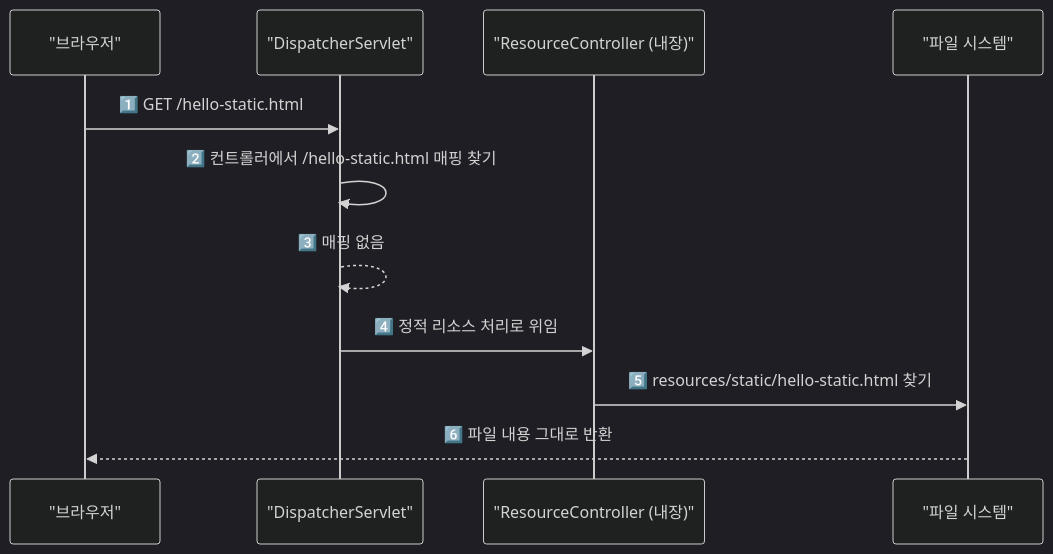
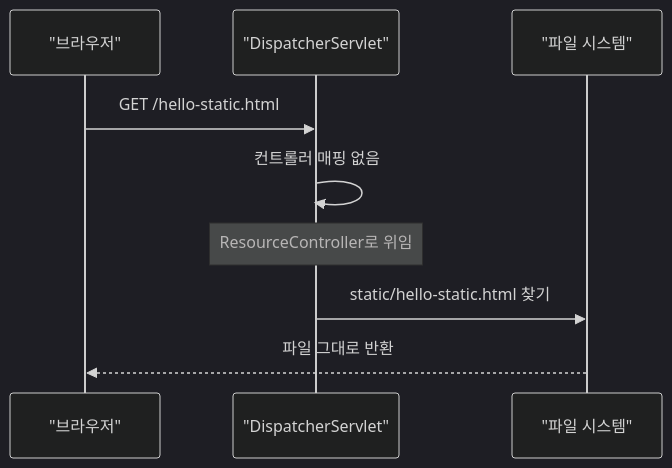
The second of 4 diagrams in _posts/springboot/2021-05-22-springboot-정적 컨텐츠, 템플릿, API.md (yjkim2015/yjkim2015.github.io), drawn with Mermaid (dark theme) before and after one commit. The commit also changed other lines of this file and 245 other files, not shown here.

First line of the commit message:
Mermaid 다이어그램 전면 수정 + 면접 포인트 접기/펼치기 + DB 데드락 페이지

```diff
--- a/_posts/springboot/2021-05-22-springboot-정적 컨텐츠, 템플릿, API.md
+++ b/_posts/springboot/2021-05-22-springboot-정적 컨텐츠, 템플릿, API.md
@@ -38,14 +37,12 @@
 <div class="mermaid">
 sequenceDiagram
     participant B as "브라우저"
     participant DS as "DispatcherServlet"
-    participant RC as "ResourceController (내장)"
     participant FS as "파일 시스템"
 
-    B->>DS: 1️⃣ GET /hello-static.html
-    DS->>DS: 2️⃣ 컨트롤러에서 /hello-static.html 매핑 찾기
-    DS-->>DS: 3️⃣ 매핑 없음
-    DS->>RC: 4️⃣ 정적 리소스 처리로 위임
-    RC->>FS: 5️⃣ resources/static/hello-static.html 찾기
-    FS-->>B: 6️⃣ 파일 내용 그대로 반환
+    B->>DS: GET /hello-static.html
+    DS->>DS: 컨트롤러 매핑 없음
+    Note over DS: ResourceController로 위임
+    DS->>FS: static/hello-static.html 찾기
+    FS-->>B: 파일 그대로 반환
 </div>
```
